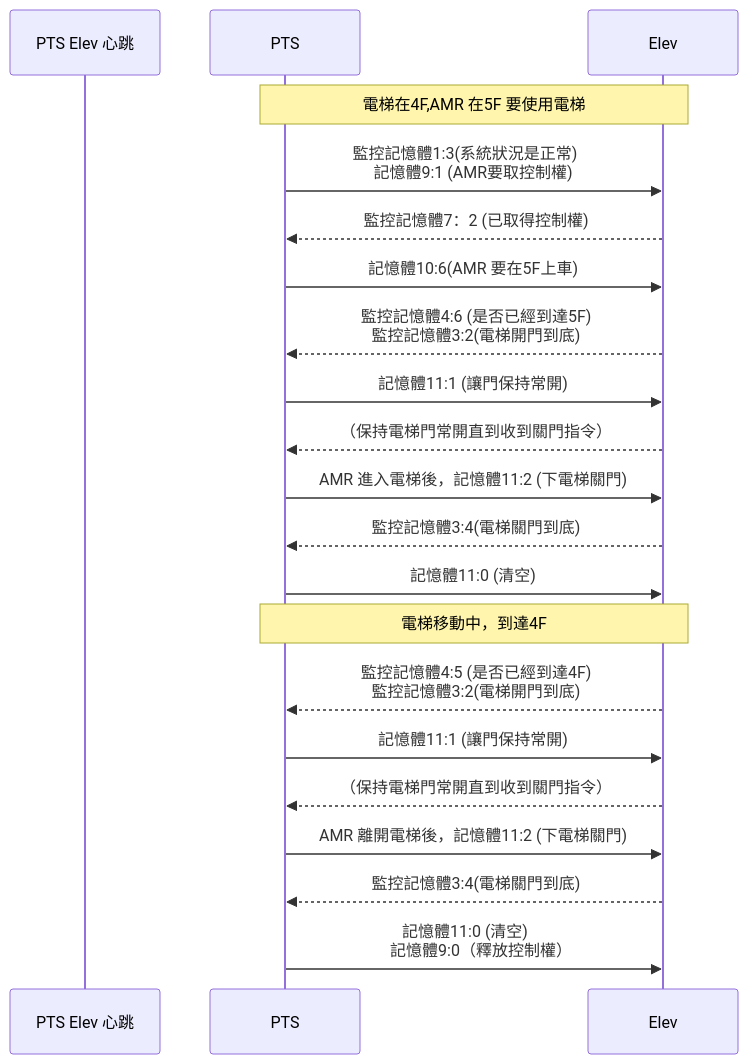
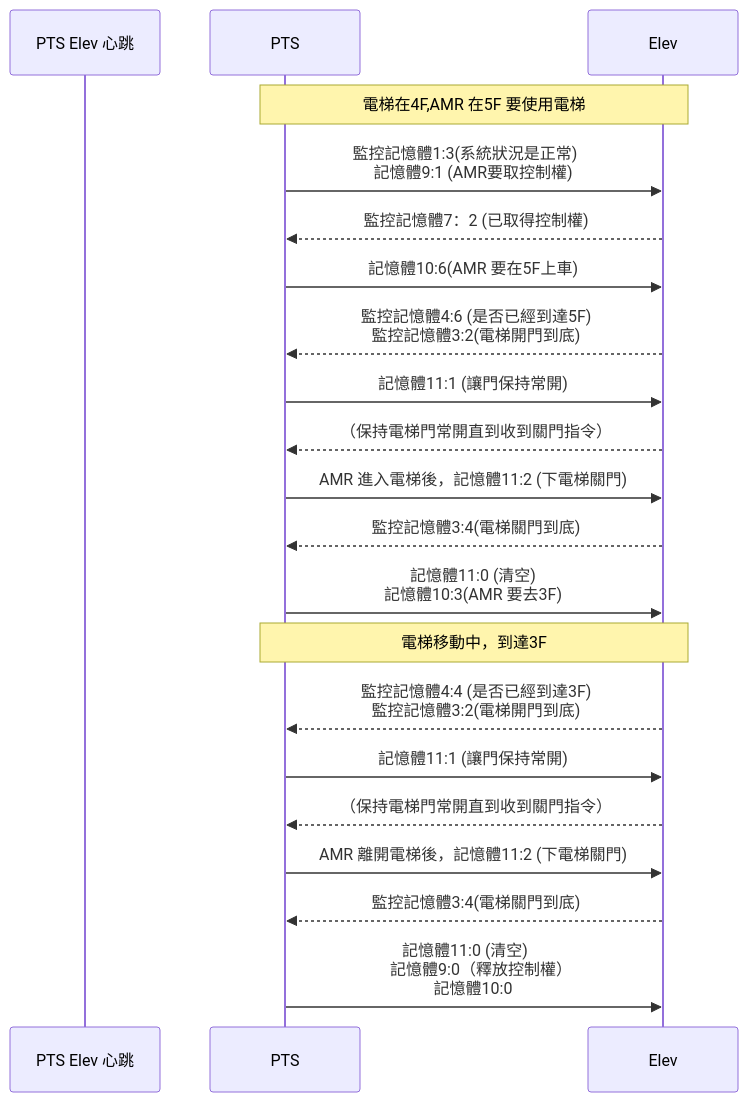
One commit to athena-tircgo/amr-elev-Zhunan changed the second of 2 diagrams in README.md. Above: the diagram before and after it, drawn with Mermaid.

````diff
--- a/README.md
+++ b/README.md
@@ -23,26 +23,26 @@
 ```mermaid
 sequenceDiagram
 
     participant PTS Elev 心跳
     participant PTS
     participant Elev
 
  note over PTS,Elev: 電梯在4F,AMR 在5F 要使用電梯
         PTS->>Elev:監控記憶體1:3(系統狀況是正常)　<br>記憶體9:1 (AMR要取控制權)
         Elev-->>PTS:監控記憶體7：2 (已取得控制權)
         PTS->>Elev: 記憶體10:6(AMR 要在5F上車)
         Elev-->>PTS:監控記憶體4:6 (是否已經到達5F) <BR> 監控記憶體3:2(電梯開門到底)
         PTS->>Elev: 記憶體11:1 (讓門保持常開)
         Elev-->>PTS:（保持電梯門常開直到收到關門指令）　　
         PTS->>Elev: AMR 進入電梯後，記憶體11:2 (下電梯關門)
         Elev-->>PTS: 監控記憶體3:4(電梯關門到底)
-        PTS->>Elev: 記憶體11:0 (清空)
- note over PTS,Elev: 電梯移動中，到達4F
-　　　　　Elev-->>PTS: 監控記憶體4:5 (是否已經到達4F) <BR> 監控記憶體3:2(電梯開門到底)
+        PTS->>Elev: 記憶體11:0 (清空) <br> 記憶體10:3(AMR 要去3F)
+ note over PTS,Elev: 電梯移動中，到達3F
+　　　　　Elev-->>PTS: 監控記憶體4:4 (是否已經到達3F) <BR> 監控記憶體3:2(電梯開門到底)
         PTS->>Elev: 記憶體11:1 (讓門保持常開)
         Elev-->>PTS:（保持電梯門常開直到收到關門指令）　　　
         PTS->>Elev: AMR 離開電梯後，記憶體11:2 (下電梯關門)
         Elev-->>PTS: 監控記憶體3:4(電梯關門到底)
-        PTS->>Elev: 記憶體11:0 (清空)　<br>　記憶體9:0（釋放控制權）
+        PTS->>Elev: 記憶體11:0 (清空)　<br>　記憶體9:0（釋放控制權）<br> 記憶體10:0
 　　　　　
 ```
````
